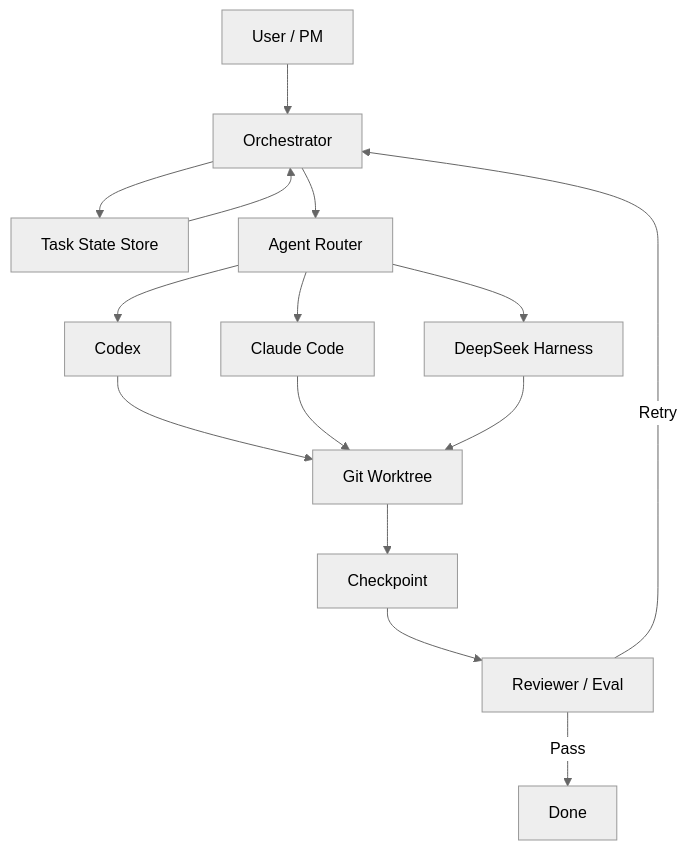
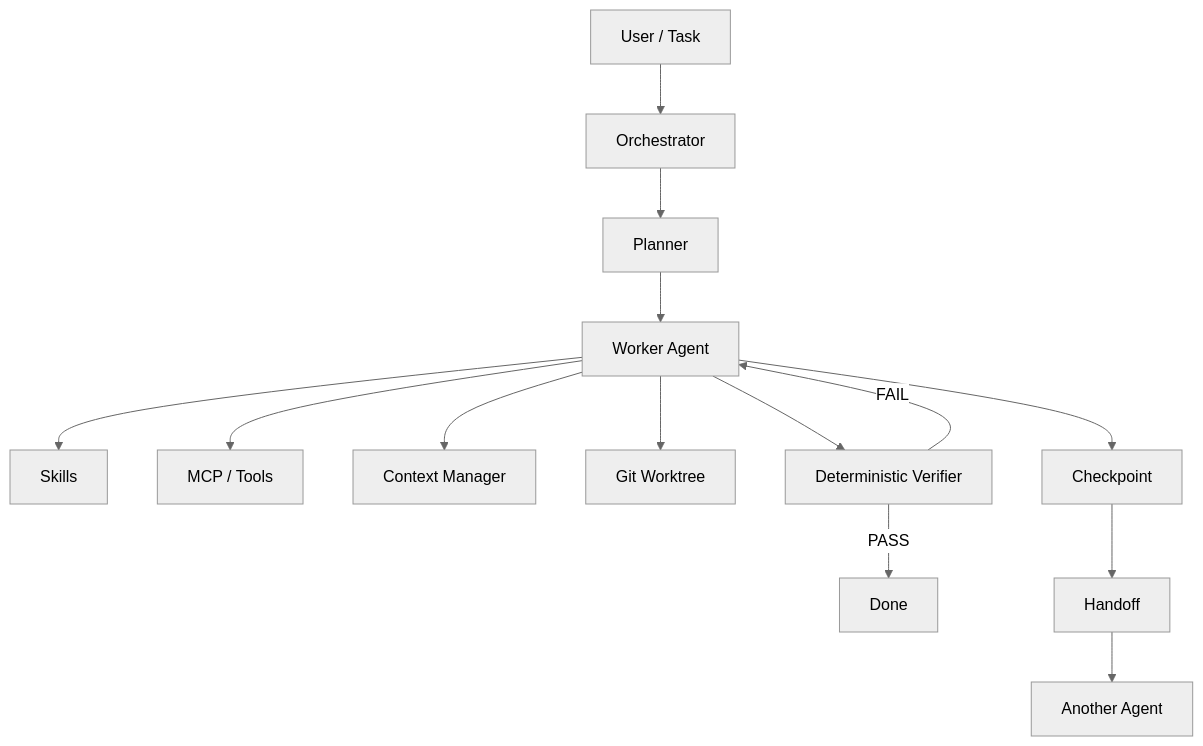
Before and after one commit to kakanbai/ai-digest: the diagram in content/ai/2026/09/2026-09-09.md, drawn with Mermaid (neutral theme). The commit also changed other lines of this file, not shown here.

````diff
--- a/content/ai/2026/09/2026-09-09.md
+++ b/content/ai/2026/09/2026-09-09.md
@@ -338,17 +269,16 @@
 ```mermaid
 flowchart TD
-    U[User / PM] --> O[Orchestrator]
-    O --> TS[Task State Store]
-    O --> R[Agent Router]
-    R --> C[Codex]
-    R --> CL[Claude Code]
-    R --> D[DeepSeek Harness]
-    C --> W[Git Worktree]
-    CL --> W
-    D --> W
-    W --> CK[Checkpoint]
-    CK --> V[Reviewer / Eval]
-    V -->|Pass| DONE[Done]
-    V -->|Retry| O
-    TS --> O
+    U[User / Task] --> O[Orchestrator]
+    O --> P[Planner]
+    P --> W[Worker Agent]
+    W --> S[Skills]
+    W --> M[MCP / Tools]
+    W --> C[Context Manager]
+    W --> G[Git Worktree]
+    W --> V[Deterministic Verifier]
+    V -->|PASS| D[Done]
+    V -->|FAIL| W
+    W --> K[Checkpoint]
+    K --> H[Handoff]
+    H --> W2[Another Agent]
 ```
````
